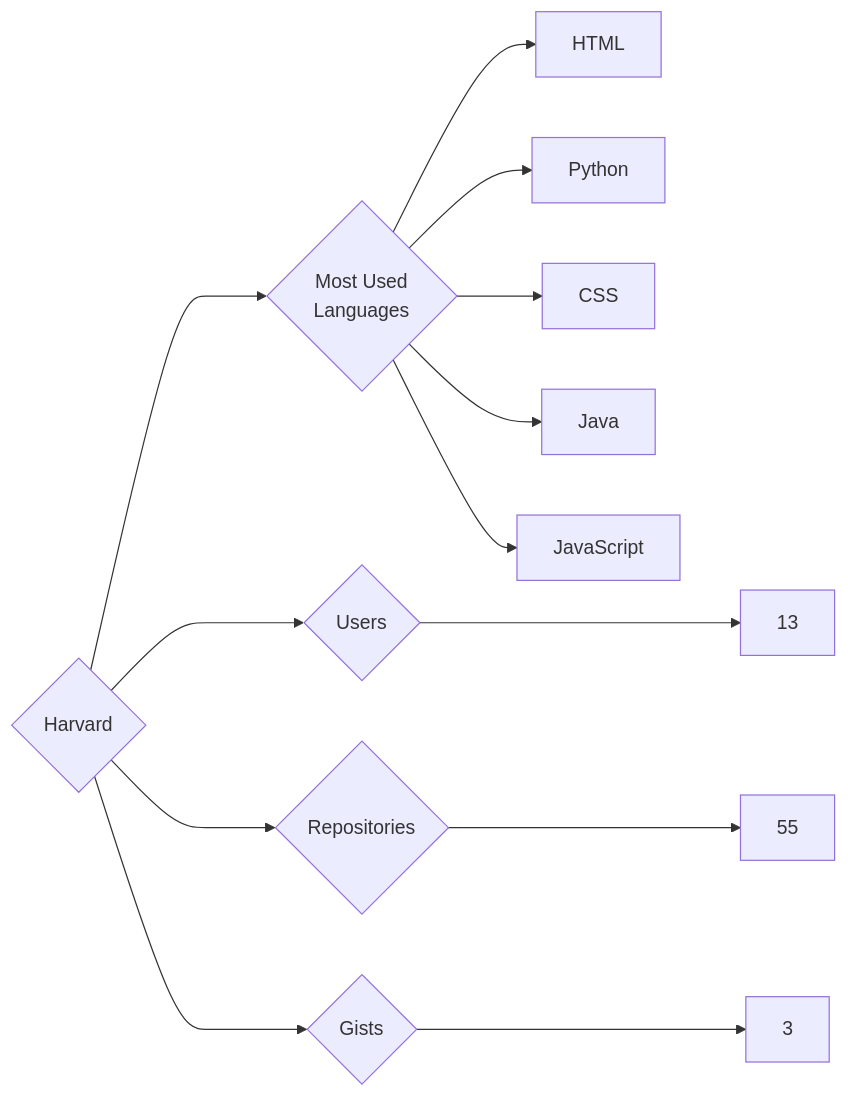
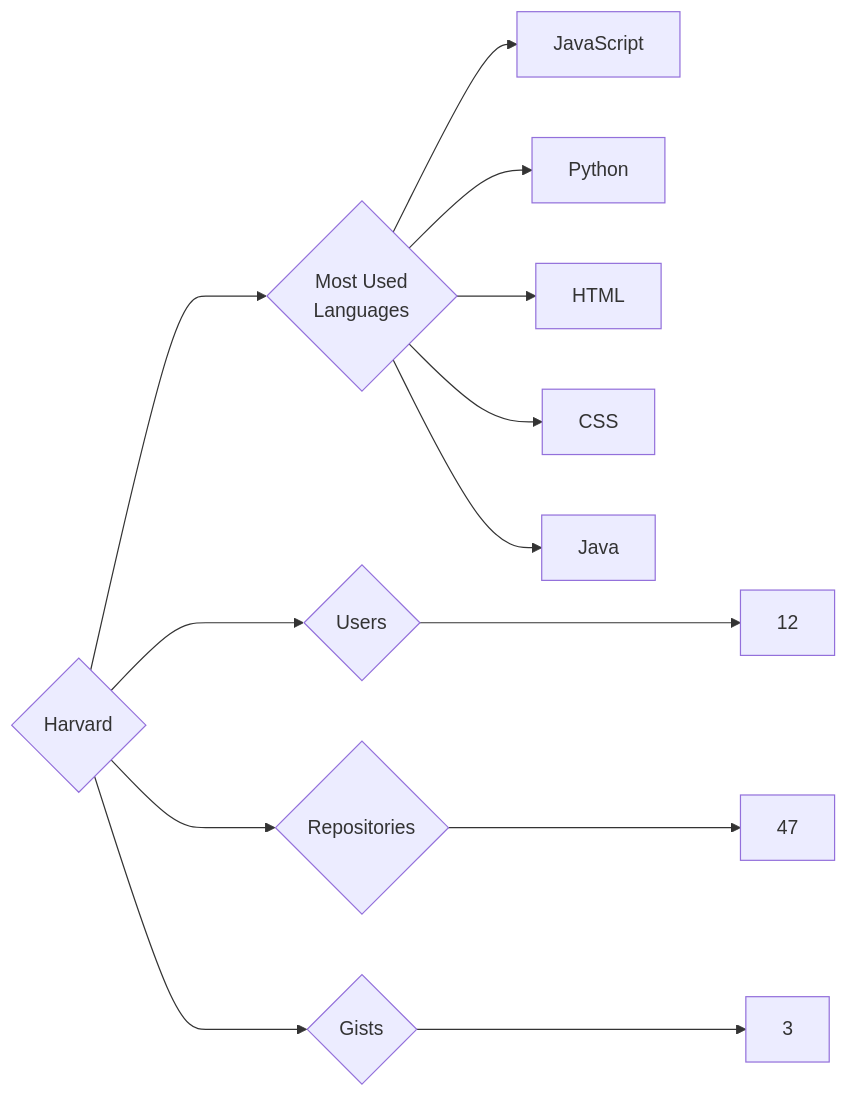
The diagram in targets/Harvard/README.md (trickest/insiders), drawn with Mermaid before and after one commit. The commit also changed 935 other files, not shown here.

````diff
--- a/targets/Harvard/README.md
+++ b/targets/Harvard/README.md
@@ -3,13 +3,13 @@
 ```mermaid
 graph LR
 COMPANY_NAME{Harvard}
-COMPANY_NAME ---> U{Users} ---> UN[13]
-COMPANY_NAME ---> R{Repositories} ---> RN[55]
+COMPANY_NAME ---> U{Users} ---> UN[12]
+COMPANY_NAME ---> R{Repositories} ---> RN[47]
 COMPANY_NAME ---> G{Gists} ---> GN[3]
 COMPANY_NAME ---> ML{Most Used<br>Languages}
+ML --> JavaScript[JavaScript]
+ML --> Python[Python]
 ML --> HTML[HTML]
-ML --> Python[Python]
 ML --> CSS[CSS]
 ML --> Java[Java]
-ML --> JavaScript[JavaScript]
 ```
````
